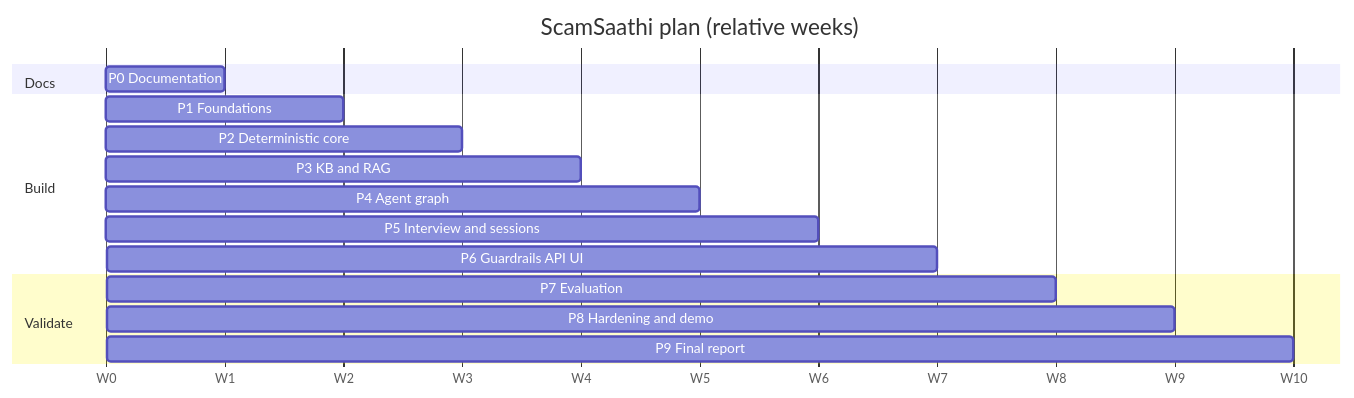
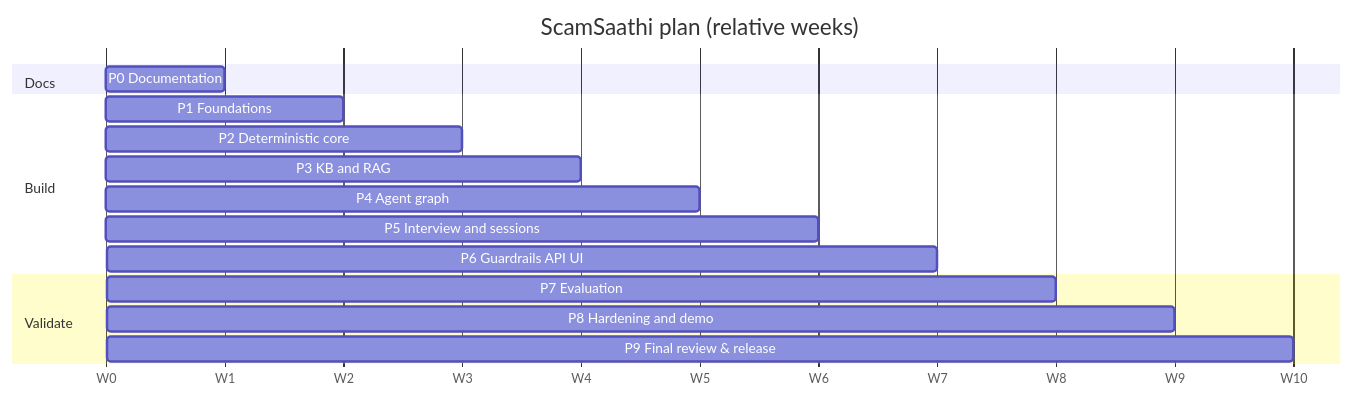
One commit to tb-repo/scamsaathi changed the diagram in docs/10-project-plan.md. Above: the diagram before and after it, drawn with Mermaid. The commit also changed other lines of this file and 10 other files, not shown here.

````diff
--- a/docs/10-project-plan.md
+++ b/docs/10-project-plan.md
@@ -30,19 +30,19 @@
 ```mermaid
 gantt
     title ScamSaathi plan (relative weeks)
     dateFormat  X
     axisFormat  W%s
     section Docs
     P0 Documentation            :0, 1
     section Build
     P1 Foundations              :1, 2
     P2 Deterministic core       :2, 3
     P3 KB and RAG               :3, 4
     P4 Agent graph              :4, 5
     P5 Interview and sessions   :5, 6
     P6 Guardrails API UI        :6, 7
     section Validate
     P7 Evaluation               :7, 8
     P8 Hardening and demo       :8, 9
-    P9 Final report             :9, 10
+    P9 Final review & release   :9, 10
 ```
````
